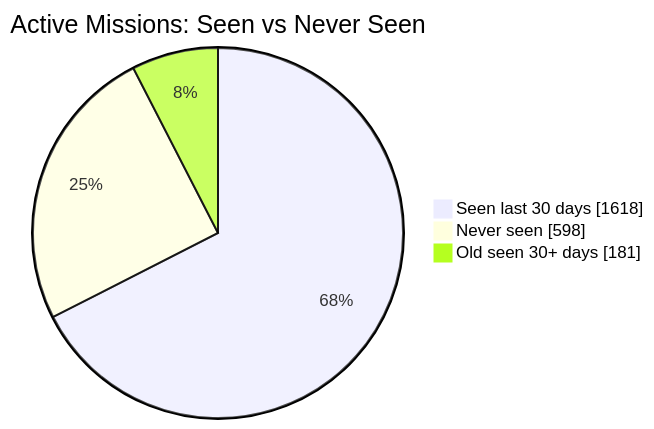
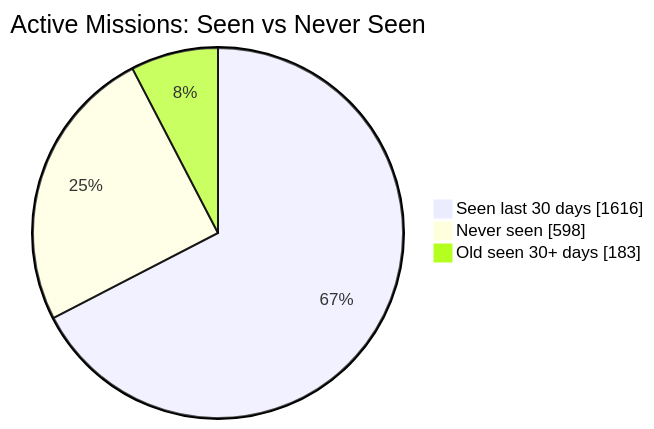
One commit to MeldkamerspelGameTeam/active-missions changed the first of 2 diagrams in README.md. Above: the diagram before and after it, drawn with Mermaid. The commit also changed other lines of this file and 3 other files, not shown here.

````diff
--- a/README.md
+++ b/README.md
@@ -34,7 +34,7 @@
 ```mermaid
 pie showData
     title Active Missions: Seen vs Never Seen
-    "Seen last 30 days" : 1618
+    "Seen last 30 days" : 1616
     "Never seen" : 598
-    "Old seen 30+ days" : 181
+    "Old seen 30+ days" : 183
 ```
````
